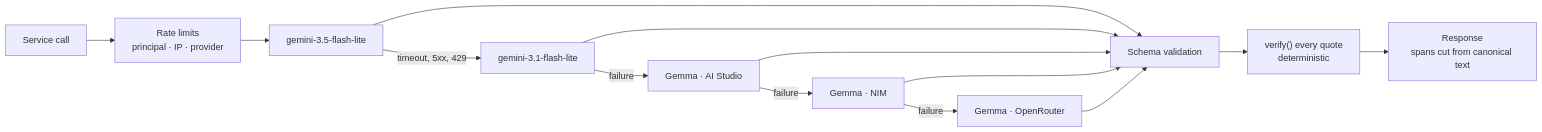
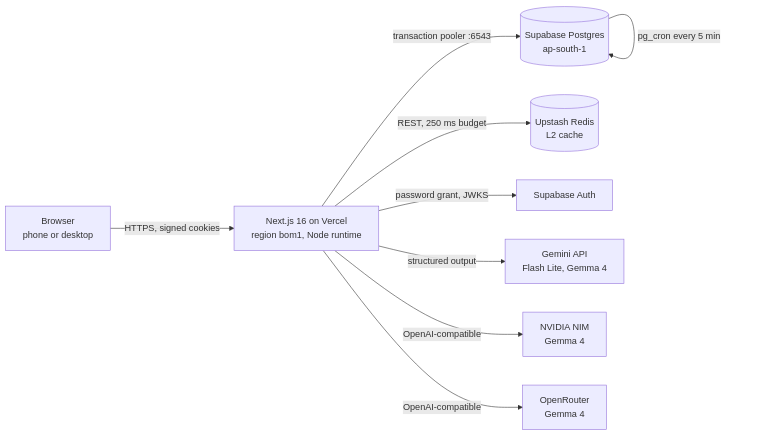
One commit to SawhneySatvik/sanad changed the first of 7 diagrams in README.md. Above: the diagram before and after it, drawn with Mermaid. The commit also changed other lines of this file and 1 other file, not shown here.

Commit message:
README and architecture docs: diagrams, data model, flows and measured engineering evidence

````diff
--- a/README.md
+++ b/README.md
@@ -116,12 +140,11 @@
 ```mermaid
 flowchart LR
-    Q["Service call"] --> RL["Rate limits<br/>principal · IP · provider"]
-    RL --> T1["gemini-3.5-flash-lite"]
-    T1 -->|"timeout, 5xx, 429"| T2["gemini-3.1-flash-lite"]
-    T2 -->|"failure"| T3["Gemma · AI Studio"]
-    T3 -->|"failure"| T4["Gemma · NIM"]
-    T4 -->|"failure"| T5["Gemma · OpenRouter"]
-    T1 & T2 & T3 & T4 & T5 --> S["Schema validation"]
-    S --> V["verify() every quote<br/>deterministic"]
-    V --> R["Response<br/>spans cut from canonical text"]
+    U["Browser<br/>phone or desktop"] -->|"HTTPS, signed cookies"| V["Next.js 16 on Vercel<br/>region bom1, Node runtime"]
+    V -->|"transaction pooler :6543"| PG[("Supabase Postgres<br/>ap-south-1")]
+    V -->|"REST, 250 ms budget"| R[("Upstash Redis<br/>L2 cache")]
+    V -->|"password grant, JWKS"| SA["Supabase Auth"]
+    V -->|"structured output"| G["Gemini API<br/>Flash Lite, Gemma 4"]
+    V -->|"OpenAI-compatible"| N["NVIDIA NIM<br/>Gemma 4"]
+    V -->|"OpenAI-compatible"| O["OpenRouter<br/>Gemma 4"]
+    PG -->|"pg_cron every 5 min"| PG
 ```
````
